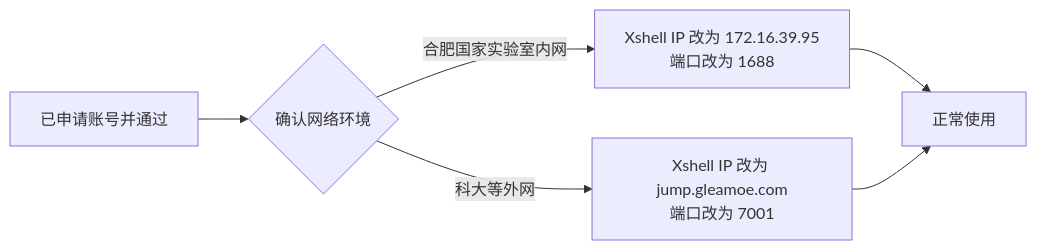
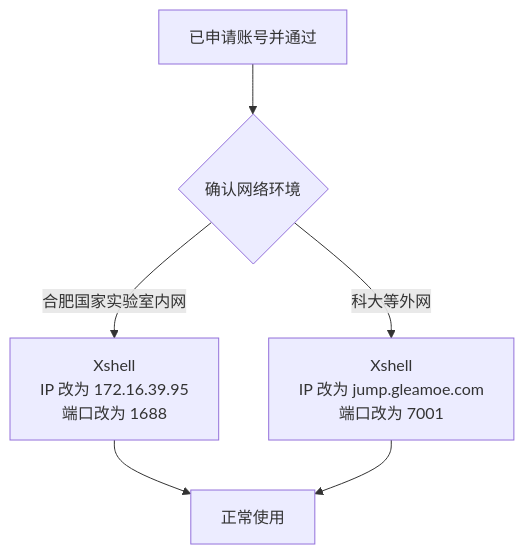
Before and after one commit to hfnl-yanggroup/hfnl-yanggroup.github.io: the second of 2 diagrams in _posts/2026-02-02-Yang Group HFNL 服务器使用简明手册.md, drawn with Mermaid. The commit also changed other lines of this file, not shown here.

Commit message:
Refactor Mermaid diagrams in Jekyll post to use TD flowchart layout for improved clarity. Update browser access instructions with line breaks for better readability. Enhance SSH login instructions with clearer formatting for network environment settings.

````diff
--- a/_posts/2026-02-02-Yang Group HFNL 服务器使用简明手册.md
+++ b/_posts/2026-02-02-Yang Group HFNL 服务器使用简明手册.md
@@ -48,8 +48,8 @@
 ```mermaid
-flowchart LR
+flowchart TD
   A[已申请账号并通过] --> B{确认网络环境}
-  B -->|合肥国家实验室内网| C[Xshell IP 改为 172.16.39.95<br/>端口改为 1688]
-  B -->|科大等外网| D[Xshell IP 改为 jump.gleamoe.com<br/>端口改为 7001]
+  B -->|合肥国家实验室内网| C[Xshell<br/>IP 改为 172.16.39.95<br/>端口改为 1688]
+  B -->|科大等外网| D[Xshell<br/>IP 改为 jump.gleamoe.com<br/>端口改为 7001]
   C --> E[正常使用]
   D --> E
 ```
````
